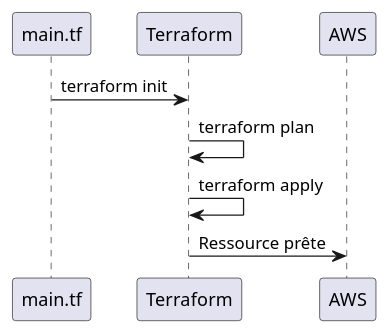
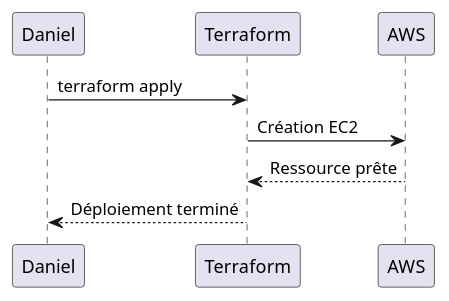
One commit to dhennetier/OC_P6_Terrform changed the diagram in README.md. Above: the diagram before and after it, drawn with PlantUML.

Commit message:
Update README with Terraform deployment diagram

```diff
--- a/README.md
+++ b/README.md
@@ -1,6 +1,6 @@
 @startuml
-main.tf -> Terraform : terraform init
-Terraform -> Terraform : terraform plan
-Terraform -> Terraform : terraform apply
-Terraform -> AWS : Ressource prête
+Daniel -> Terraform : terraform apply
+Terraform -> AWS : Création EC2
+AWS --> Terraform : Ressource prête
+Terraform --> Daniel : Déploiement terminé
 @enduml
```
